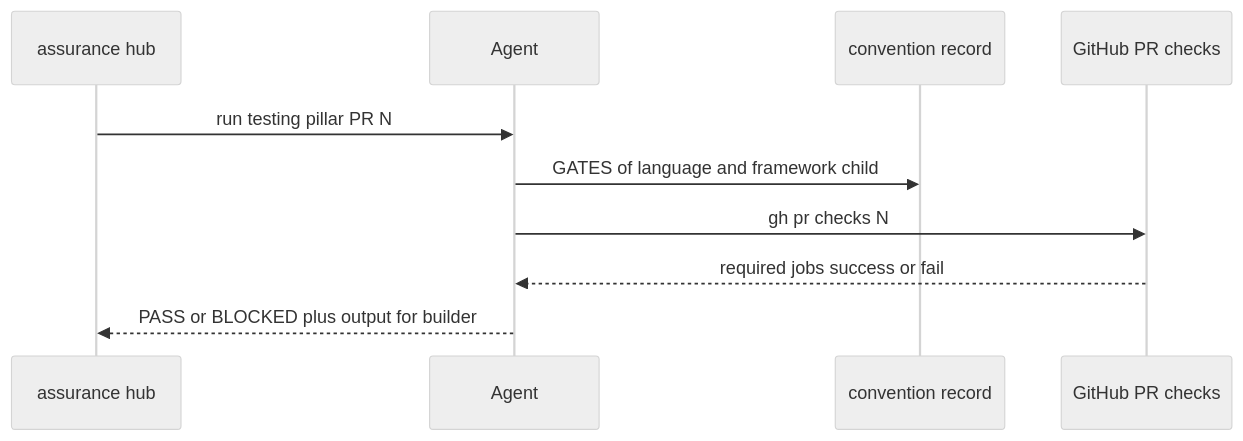
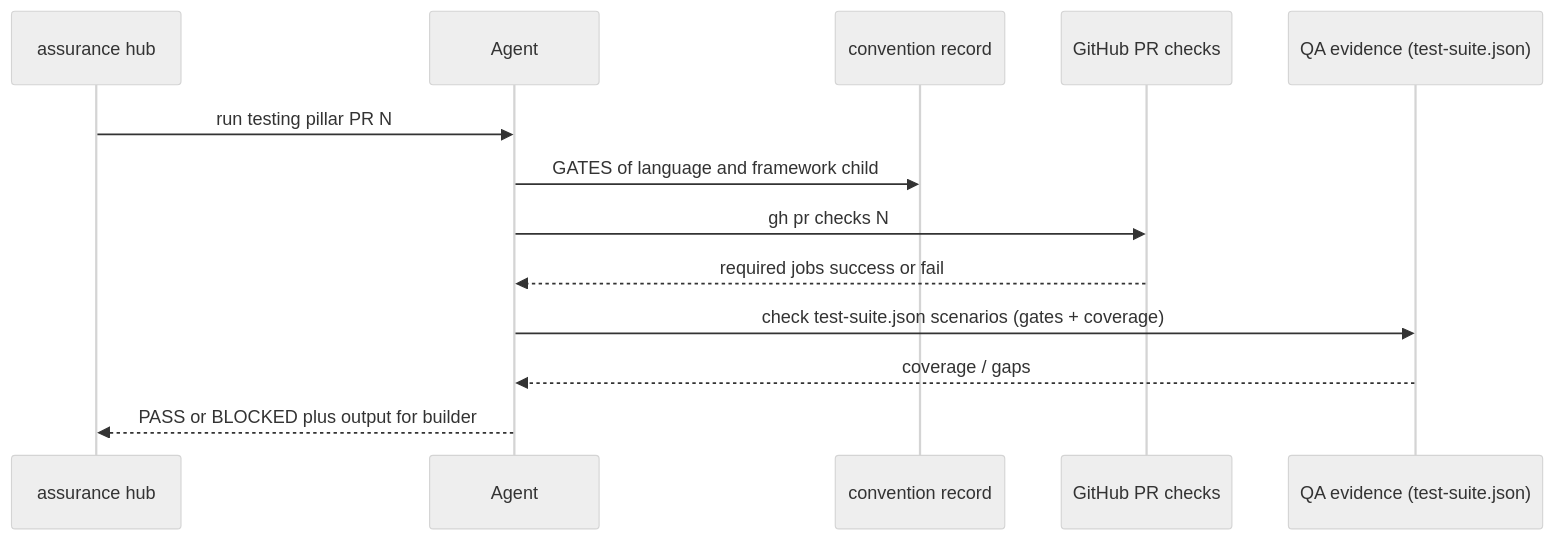
The second of 2 diagrams in toolkits/assurance-toolkit/references/testing/triage-protocol.md (chimeranext/better-toolkits), drawn with Mermaid (neutral theme) before and after one commit. The commit also changed other lines of this file and 43 other files, not shown here.

Commit message:
feat(cleanup): apply logistics + schematics toolkits, add dogfood to RTR, extend QA triage, move docs-to-glb MCP into toolkit

````diff
--- a/toolkits/assurance-toolkit/references/testing/triage-protocol.md
+++ b/toolkits/assurance-toolkit/references/testing/triage-protocol.md
@@ -32,13 +37,16 @@
 ```mermaid
 sequenceDiagram
   participant Hub as assurance hub
   participant Agent as Agent
   participant Conv as convention record
   participant GH as GitHub PR checks
+  participant QA as QA evidence (test-suite.json)
 
   Hub->>Agent: run testing pillar PR N
   Agent->>Conv: GATES of language and framework child
   Agent->>GH: gh pr checks N
   GH-->>Agent: required jobs success or fail
+  Agent->>QA: check test-suite.json scenarios (gates + coverage)
+  QA-->>Agent: coverage / gaps
   Agent-->>Hub: PASS or BLOCKED plus output for builder
 ```
````
